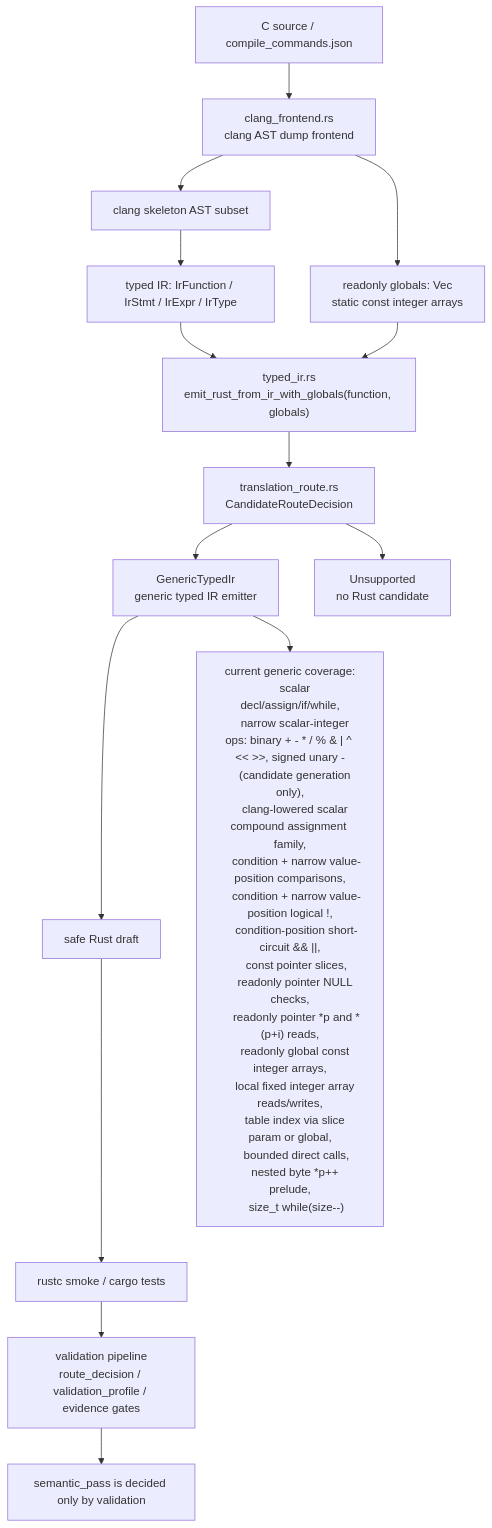
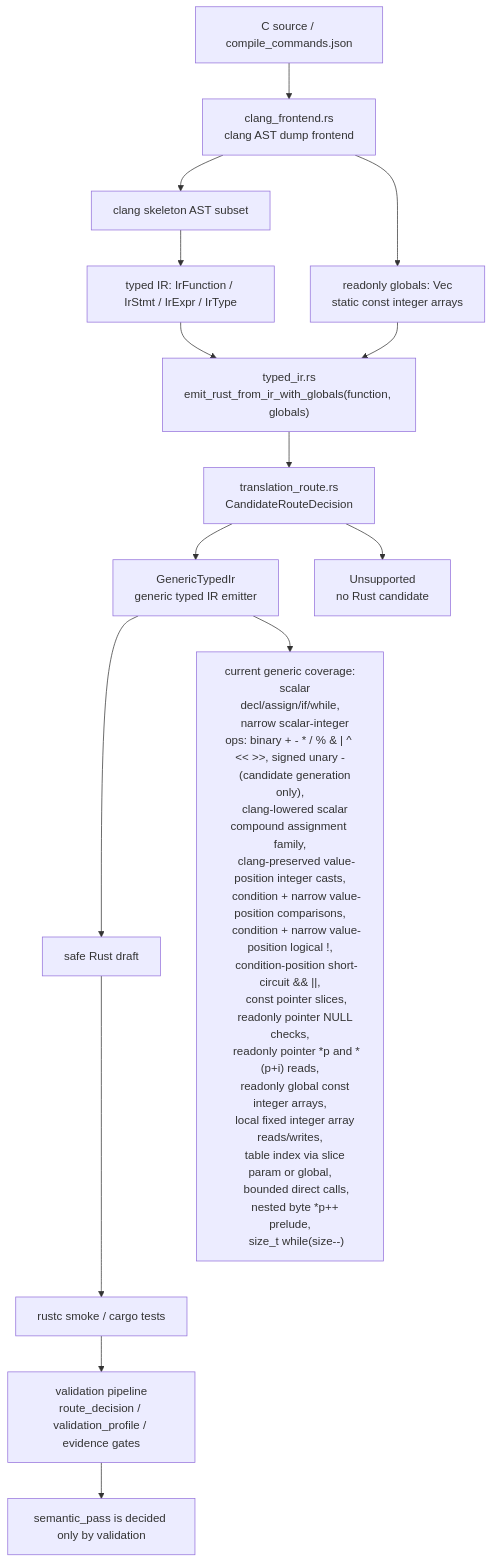
The diagram in docs/c2rust-migration-agent/core-translation-architecture.en.md (guoqihan342-svg/c-to-rust), drawn with Mermaid before and after one commit. The commit also changed other lines of this file and 6 other files, not shown here.

Commit message:
Preserve value-position integer casts

````diff
--- a/docs/c2rust-migration-agent/core-translation-architecture.en.md
+++ b/docs/c2rust-migration-agent/core-translation-architecture.en.md
@@ -7,34 +7,35 @@
 ```mermaid
 flowchart TD
     C["C source / compile_commands.json"] --> Clang["clang_frontend.rs<br/>clang AST dump frontend"]
     Clang --> Skeleton["clang skeleton AST subset"]
     Skeleton --> IR["typed IR: IrFunction / IrStmt / IrExpr / IrType"]
     Clang --> Globals["readonly globals: Vec<IrGlobal><br/>static const integer arrays"]
     IR --> EmitCtx["typed_ir.rs<br/>emit_rust_from_ir_with_globals(function, globals)"]
     Globals --> EmitCtx
     EmitCtx --> RouteMeta["translation_route.rs<br/>CandidateRouteDecision"]
     RouteMeta --> Generic["GenericTypedIr<br/>generic typed IR emitter"]
     RouteMeta --> Unsupported["Unsupported<br/>no Rust candidate"]
     Generic --> Rust["safe Rust draft"]
     Rust --> Rustc["rustc smoke / cargo tests"]
     Rustc --> Validation["validation pipeline<br/>route_decision / validation_profile / evidence gates"]
 
     Generic --> Supported["current generic coverage:
     scalar decl/assign/if/while,
     narrow scalar-integer ops: binary + - * / % & | ^ << >>, signed unary -
     (candidate generation only),
     clang-lowered scalar compound assignment family,
+    clang-preserved value-position integer casts,
     condition + narrow value-position comparisons,
     condition + narrow value-position logical !,
     condition-position short-circuit && ||,
     const pointer slices,
     readonly pointer NULL checks,
     readonly pointer *p and *(p+i) reads,
     readonly global const integer arrays,
     local fixed integer array reads/writes,
     table index via slice param or global,
     bounded direct calls,
     nested byte *p++ prelude,
     size_t while(size--)"]
     Validation --> Semantic["semantic_pass is decided only by validation"]
 ```
````
